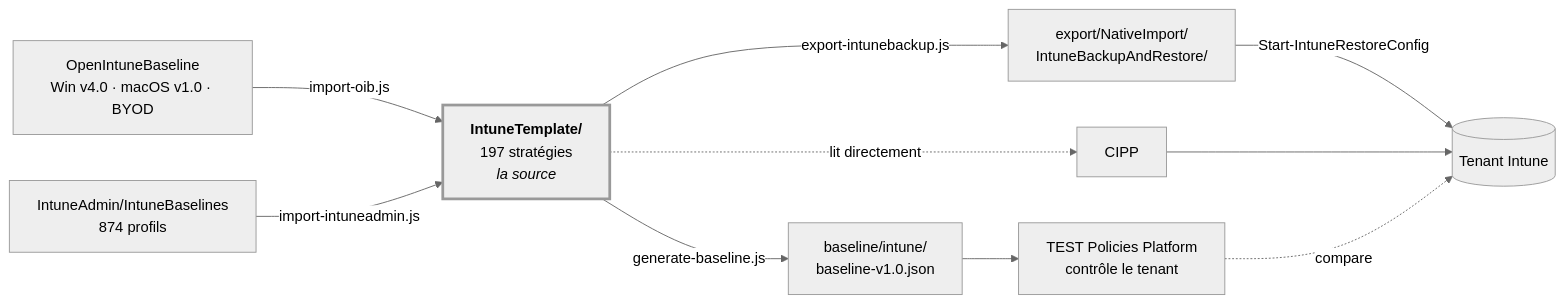
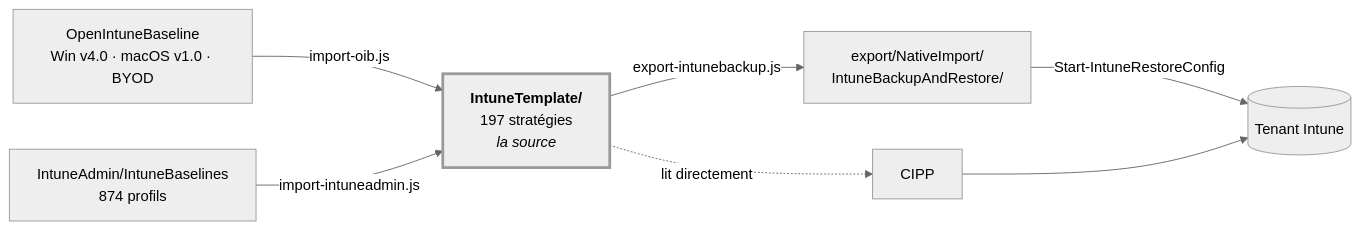
One commit to sjkanon/IntuneBackup changed the diagram in README.fr.md. Above: the diagram before and after it, drawn with Mermaid (neutral theme). The commit also changed other lines of this file and 678 other files, not shown here.

First line of the commit message:
TEST Policies Platform eruit

````diff
--- a/README.fr.md
+++ b/README.fr.md
@@ -20,21 +20,17 @@
 ```mermaid
 flowchart LR
   OIB["OpenIntuneBaseline<br/>Win v4.0 · macOS v1.0 · BYOD"]
   T["<b>IntuneTemplate/</b><br/>197 stratégies<br/><i>la source</i>"]
-  BL["baseline/intune/<br/>baseline-v1.0.json"]
   EX["export/NativeImport/<br/>IntuneBackupAndRestore/"]
   TENANT[("Tenant Intune")]
 
   OIB -->|import-oib.js| T
-  T -->|generate-baseline.js| BL
   T -->|export-intunebackup.js| EX
   T -.->|lit directement| CIPP[CIPP]
-  BL --> PLAT["TEST Policies Platform<br/>contrôle le tenant"]
   EX -->|Start-IntuneRestoreConfig| TENANT
   CIPP --> TENANT
-  PLAT -.->|compare| TENANT
 
   IA["IntuneAdmin/IntuneBaselines<br/>874 profils"] -->|import-intuneadmin.js| T
 
   style T stroke-width:3px
 ```
````
